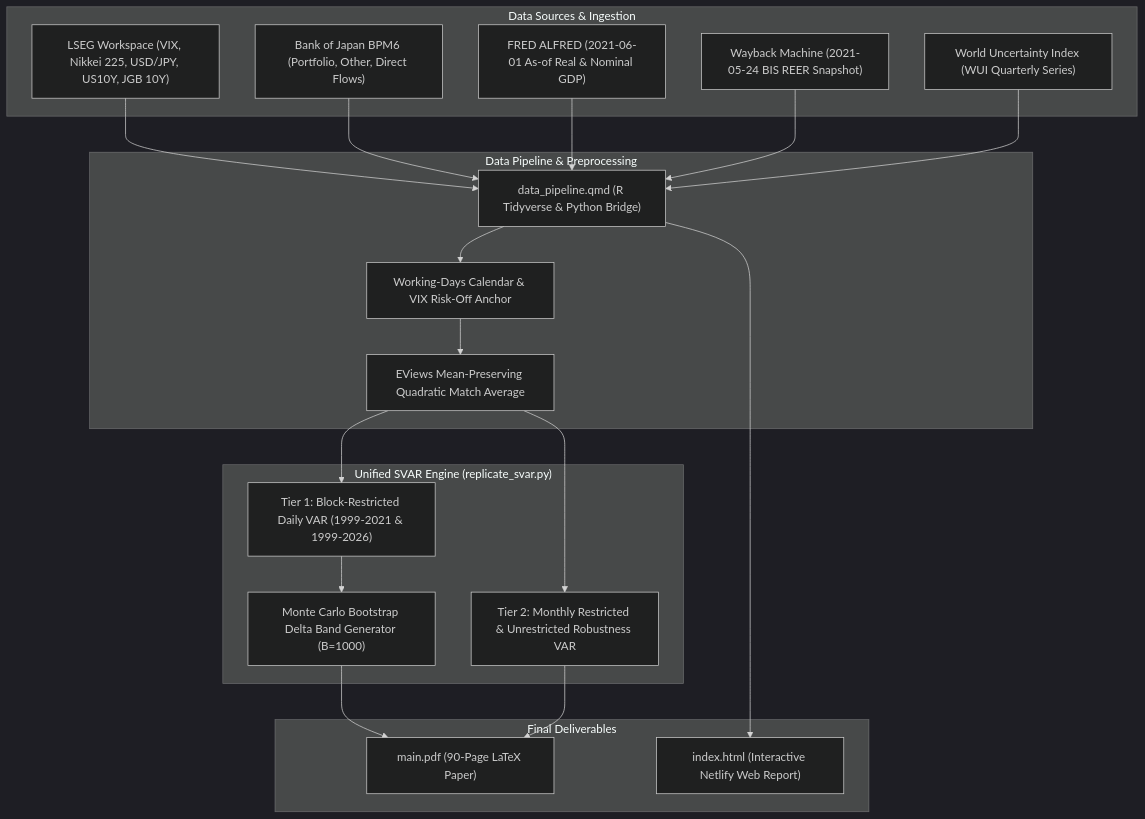
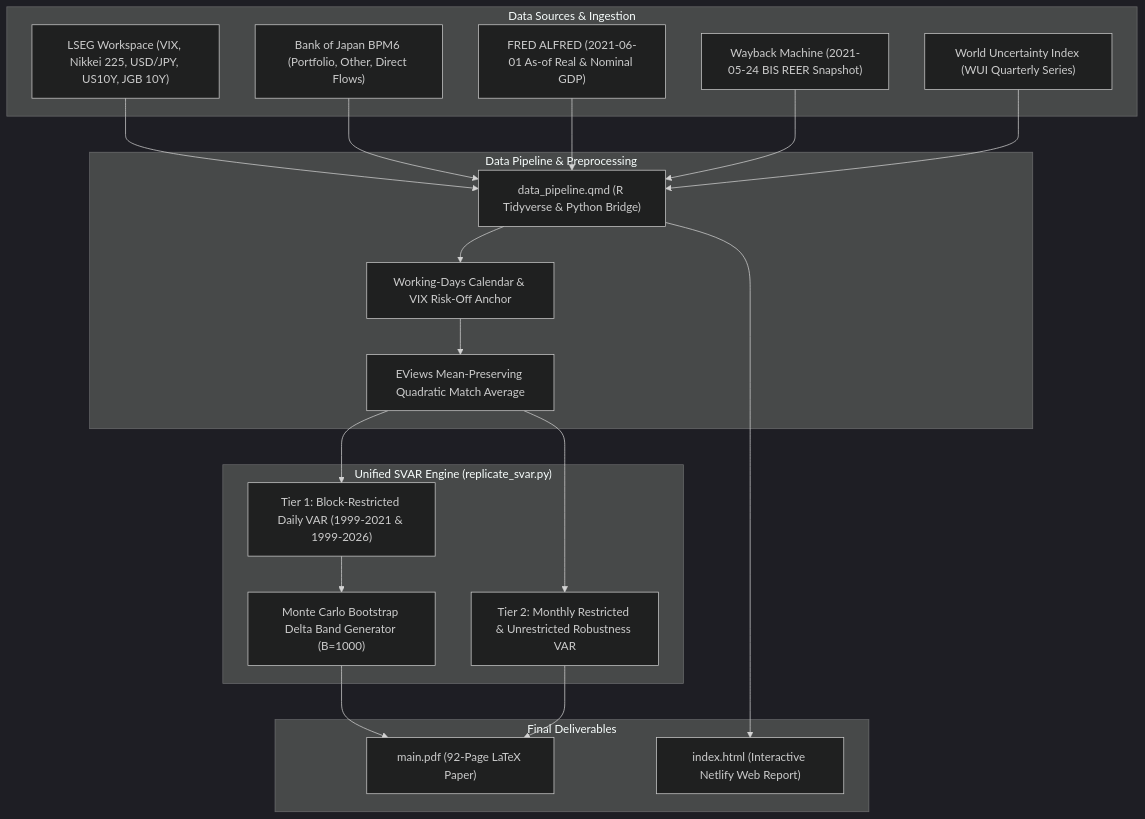
One commit to sakudiff/FINARTS_FINAL-PAPER changed the diagram in README.md. Above: the diagram before and after it, drawn with Mermaid (dark theme). The commit also changed other lines of this file, not shown here.

Commit message:
docs(readme): update page count, drop dev branch detail from layout

````diff
--- a/README.md
+++ b/README.md
@@ -67,43 +67,43 @@
 ```mermaid
 flowchart TD
     subgraph Ingestion ["Data Sources & Ingestion"]
         LSEG["LSEG Workspace (VIX, Nikkei 225, USD/JPY, US10Y, JGB 10Y)"]
         BOJ["Bank of Japan BPM6 (Portfolio, Other, Direct Flows)"]
         FRED["FRED ALFRED (2021-06-01 As-of Real & Nominal GDP)"]
         BIS["Wayback Machine (2021-05-24 BIS REER Snapshot)"]
         WUI["World Uncertainty Index (WUI Quarterly Series)"]
     end
 
     subgraph Preprocessing ["Data Pipeline & Preprocessing"]
         QMD["data_pipeline.qmd (R Tidyverse & Python Bridge)"]
         Clean["Working-Days Calendar & VIX Risk-Off Anchor"]
         Interp["EViews Mean-Preserving Quadratic Match Average"]
     end
 
     subgraph Econometrics ["Unified SVAR Engine (replicate_svar.py)"]
         Restricted["Tier 1: Block-Restricted Daily VAR (1999-2021 & 1999-2026)"]
         Unrestricted["Tier 2: Monthly Restricted & Unrestricted Robustness VAR"]
         Bootstrap["Monte Carlo Bootstrap Delta Band Generator (B=1000)"]
     end
 
     subgraph Deliverables ["Final Deliverables"]
-        PDF["main.pdf (90-Page LaTeX Paper)"]
+        PDF["main.pdf (92-Page LaTeX Paper)"]
         HTML["index.html (Interactive Netlify Web Report)"]
     end
 
     LSEG --> QMD
     BOJ --> QMD
     FRED --> QMD
     BIS --> QMD
     WUI --> QMD
 
     QMD --> Clean
     Clean --> Interp
     Interp --> Restricted
     Interp --> Unrestricted
     Restricted --> Bootstrap
 
     Bootstrap --> PDF
     Unrestricted --> PDF
     QMD --> HTML
 ```
````
